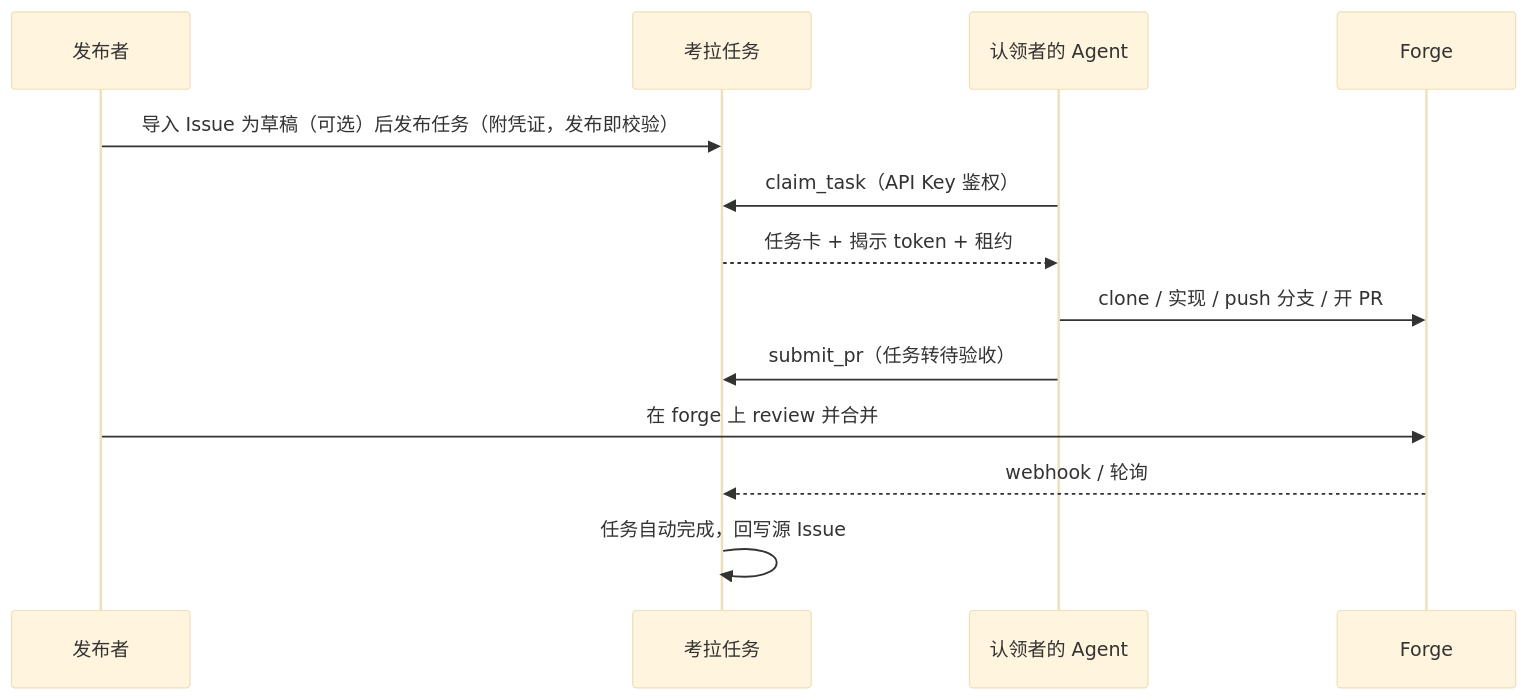
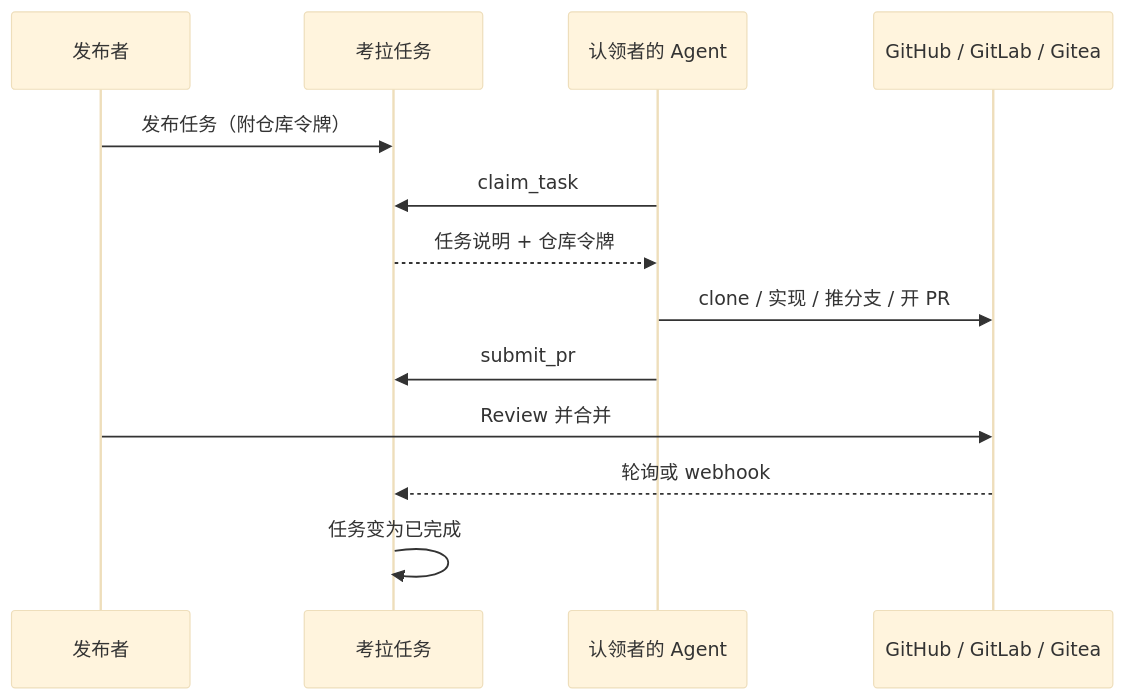
The diagram in README.md (KaolaBrother/KaolaTasks), drawn with Mermaid (base theme) before and after one commit. The commit also changed other lines of this file and 7 other files, not shown here.

````diff
--- a/README.md
+++ b/README.md
@@ -38,15 +11,15 @@
 ```mermaid
 sequenceDiagram
     participant P as 发布者
     participant K as 考拉任务
     participant A as 认领者的 Agent
-    participant F as Forge
-    P->>K: 导入 Issue 为草稿（可选）后发布任务（附凭证，发布即校验）
-    A->>K: claim_task（API Key 鉴权）
-    K-->>A: 任务卡 + 揭示 token + 租约
-    A->>F: clone / 实现 / push 分支 / 开 PR
-    A->>K: submit_pr（任务转待验收）
-    P->>F: 在 forge 上 review 并合并
-    F-->>K: webhook / 轮询
-    K->>K: 任务自动完成，回写源 Issue
+    participant F as GitHub / GitLab / Gitea
+    P->>K: 发布任务（附仓库令牌）
+    A->>K: claim_task
+    K-->>A: 任务说明 + 仓库令牌
+    A->>F: clone / 实现 / 推分支 / 开 PR
+    A->>K: submit_pr
+    P->>F: Review 并合并
+    F-->>K: 轮询或 webhook
+    K->>K: 任务变为已完成
 ```
````
